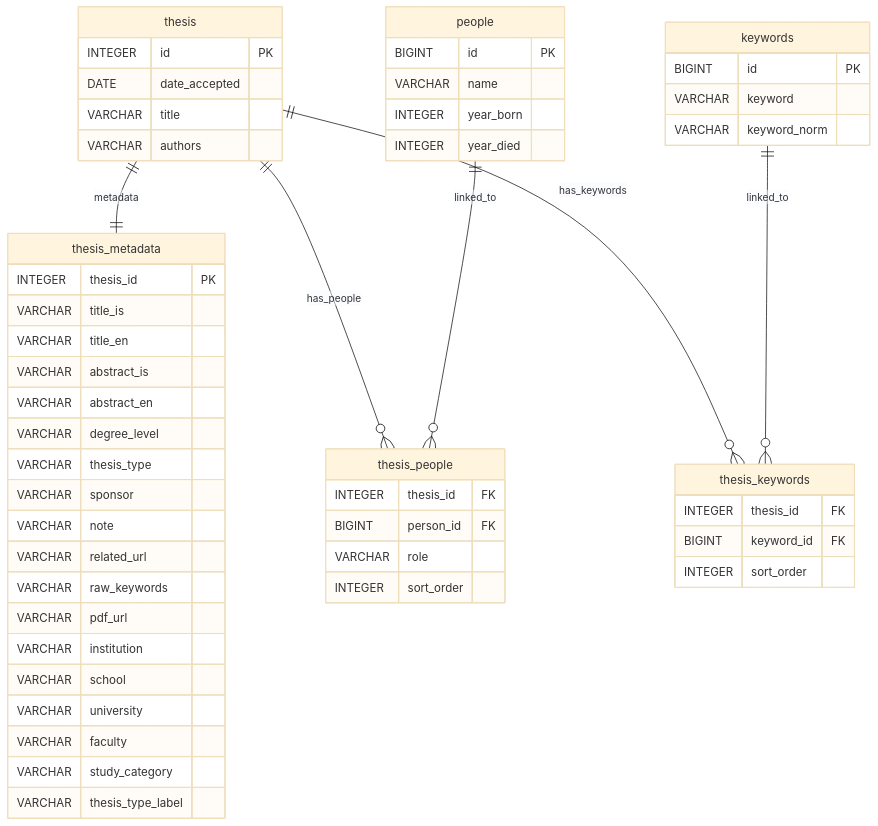
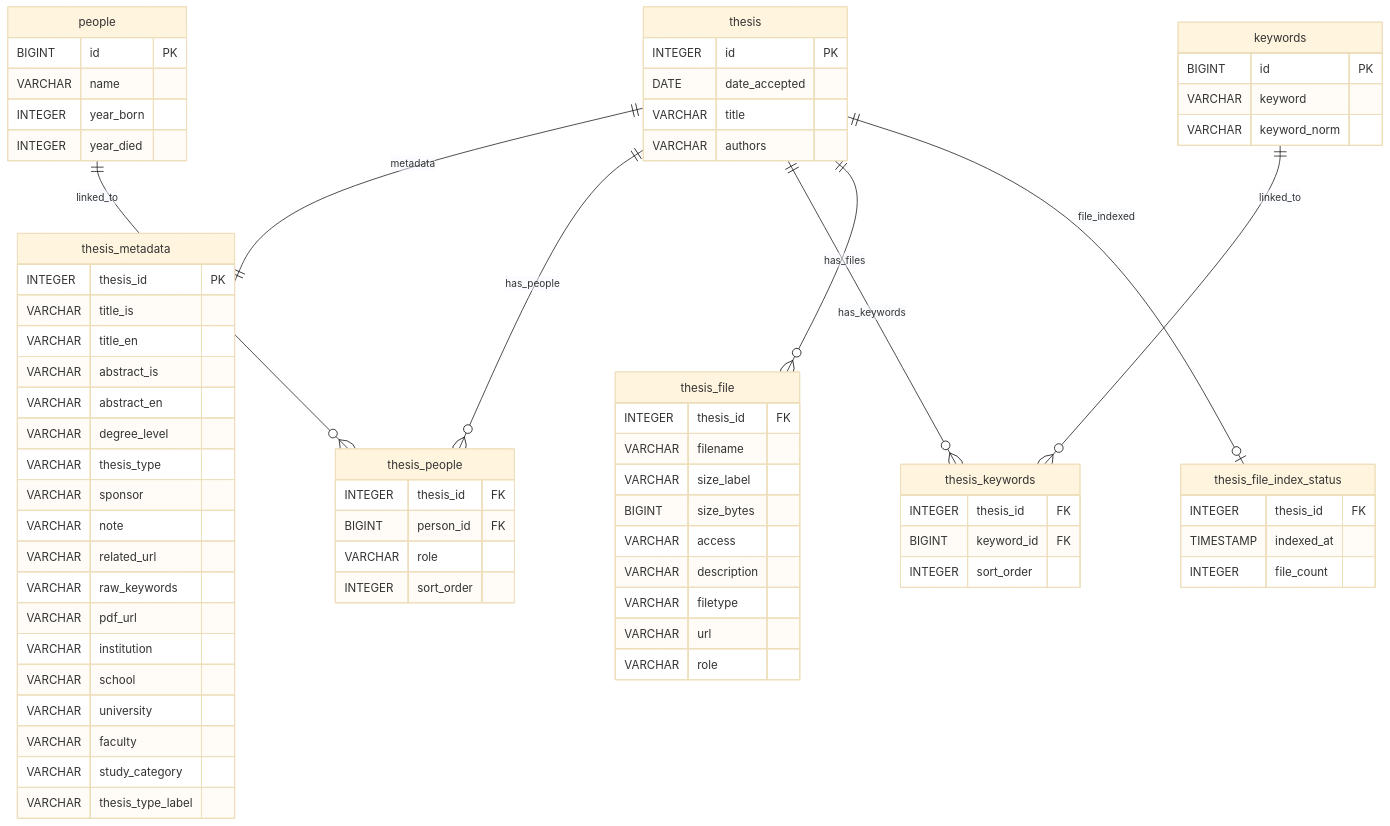
The diagram in schema.qmd (HI-IDN/skemman-msc), drawn with Mermaid (base theme) before and after one commit. The commit also changed other lines of this file and 3 other files, not shown here.

````diff
--- a/schema.qmd
+++ b/schema.qmd
@@ -59,57 +66,75 @@
 ```{mermaid}
 erDiagram
     thesis ||--|| thesis_metadata : metadata
     thesis ||--o{ thesis_people : has_people
     people ||--o{ thesis_people : linked_to
     thesis ||--o{ thesis_keywords : has_keywords
     keywords ||--o{ thesis_keywords : linked_to
+    thesis ||--o{ thesis_file : has_files
+    thesis ||--o| thesis_file_index_status : file_indexed
 
     thesis {
         INTEGER id PK
         DATE date_accepted
         VARCHAR title
         VARCHAR authors
     }
     thesis_metadata {
         INTEGER thesis_id PK
         VARCHAR title_is
         VARCHAR title_en
         VARCHAR abstract_is
         VARCHAR abstract_en
         VARCHAR degree_level
         VARCHAR thesis_type
         VARCHAR sponsor
         VARCHAR note
         VARCHAR related_url
         VARCHAR raw_keywords
         VARCHAR pdf_url
         VARCHAR institution
         VARCHAR school
         VARCHAR university
         VARCHAR faculty
         VARCHAR study_category
         VARCHAR thesis_type_label
     }
     people {
         BIGINT id PK
         VARCHAR name
         INTEGER year_born
         INTEGER year_died
     }
     thesis_people {
         INTEGER thesis_id FK
         BIGINT person_id FK
         VARCHAR role
         INTEGER sort_order
     }
     keywords {
         BIGINT id PK
         VARCHAR keyword
         VARCHAR keyword_norm
     }
     thesis_keywords {
         INTEGER thesis_id FK
         BIGINT keyword_id FK
         INTEGER sort_order
     }
+    thesis_file {
+        INTEGER thesis_id FK
+        VARCHAR filename
+        VARCHAR size_label
+        BIGINT size_bytes
+        VARCHAR access
+        VARCHAR description
+        VARCHAR filetype
+        VARCHAR url
+        VARCHAR role
+    }
+    thesis_file_index_status {
+        INTEGER thesis_id FK
+        TIMESTAMP indexed_at
+        INTEGER file_count
+    }
 ```
````
